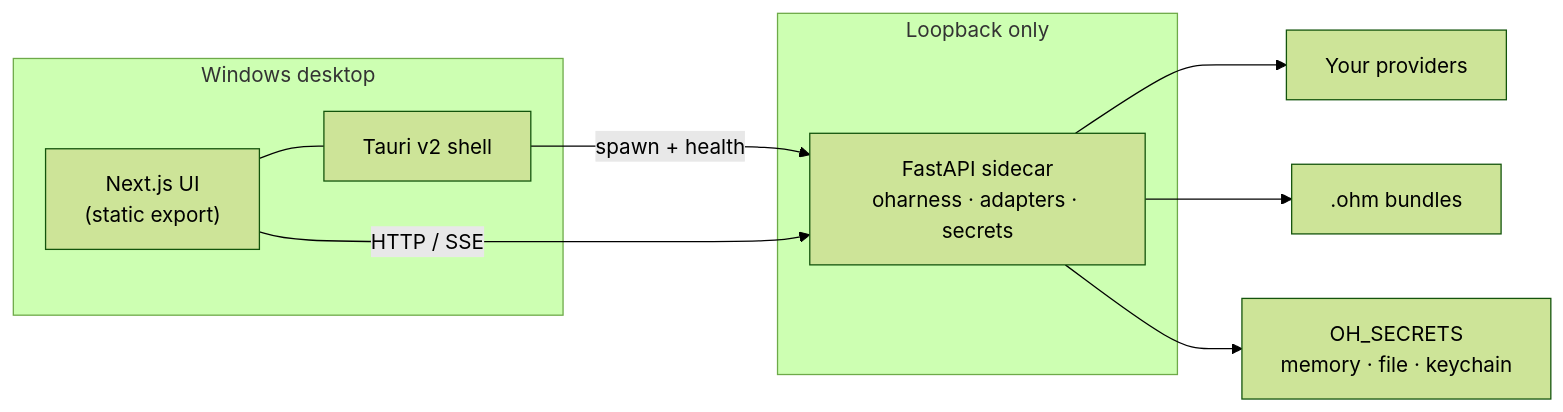
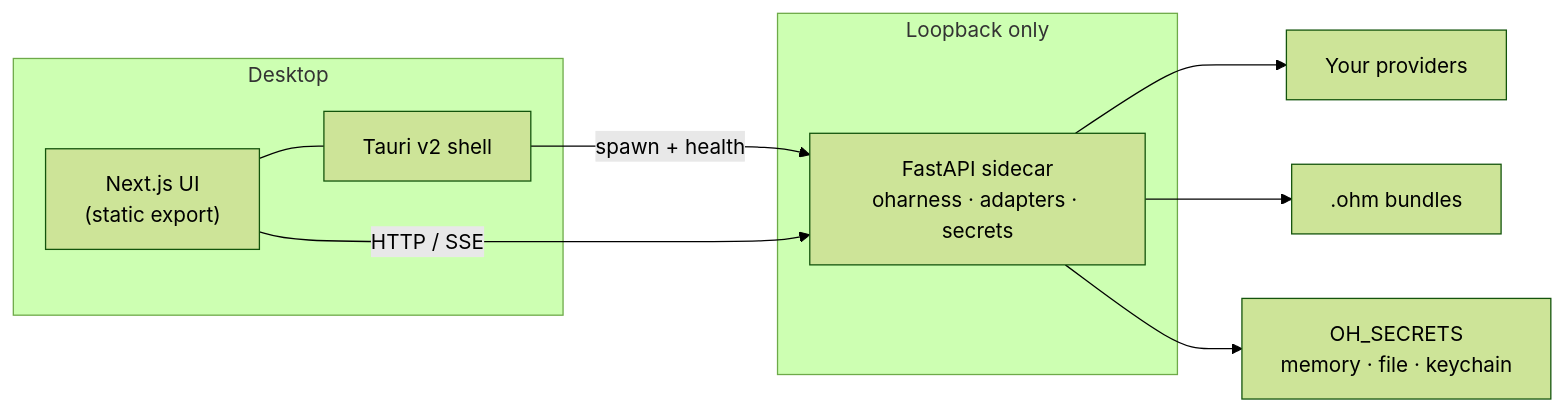
Before and after one commit to klebertiko/OpenHarness: the diagram in README.md, drawn with Mermaid (forest theme). The commit also changed other lines of this file, not shown here.

````diff
--- a/README.md
+++ b/README.md
@@ -116,18 +116,18 @@
 ```mermaid
 flowchart LR
-  subgraph Desktop["Windows desktop"]
+  subgraph Desktop["Desktop"]
     UI["Next.js UI<br/>(static export)"]
     Shell["Tauri v2 shell"]
     UI --- Shell
   end
 
   subgraph Sidecar["Loopback only"]
     API["FastAPI sidecar<br/>oharness · adapters · secrets"]
   end
 
   Shell -->|"spawn + health"| API
   UI -->|"HTTP / SSE"| API
   API --> Providers["Your providers"]
   API --> OHM[".ohm bundles"]
   API --> Secrets["OH_SECRETS<br/>memory · file · keychain"]
 ```
````
